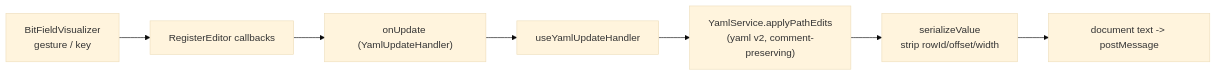
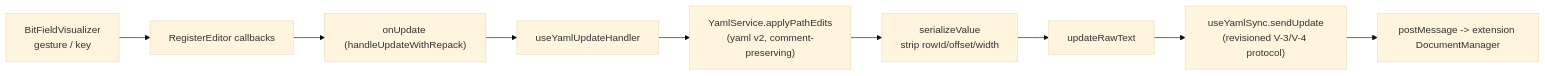
The fifth of 5 diagrams in docs/architecture/bit-field-handling.md (bleviet/ipcraft-vscode), drawn with Mermaid (base theme) before and after one commit. The commit also changed other lines of this file and 2 other files, not shown here.

````diff
--- a/docs/architecture/bit-field-handling.md
+++ b/docs/architecture/bit-field-handling.md
@@ -295,9 +268,11 @@
 ```mermaid
 graph LR
     V["BitFieldVisualizer<br/>gesture / key"] --> RE["RegisterEditor callbacks"]
-    RE --> U["onUpdate (YamlUpdateHandler)"]
+    RE --> U["onUpdate (handleUpdateWithRepack)"]
     U --> H["useYamlUpdateHandler"]
     H --> PE["YamlService.applyPathEdits<br/>(yaml v2, comment-preserving)"]
     PE --> SER["serializeValue<br/>strip rowId/offset/width"]
-    SER --> DOC["document text -> postMessage"]
+    SER --> TXT["updateRawText"]
+    TXT --> SY["useYamlSync.sendUpdate<br/>(revisioned V-3/V-4 protocol)"]
+    SY --> EXT["postMessage -> extension DocumentManager"]
 ```
````
